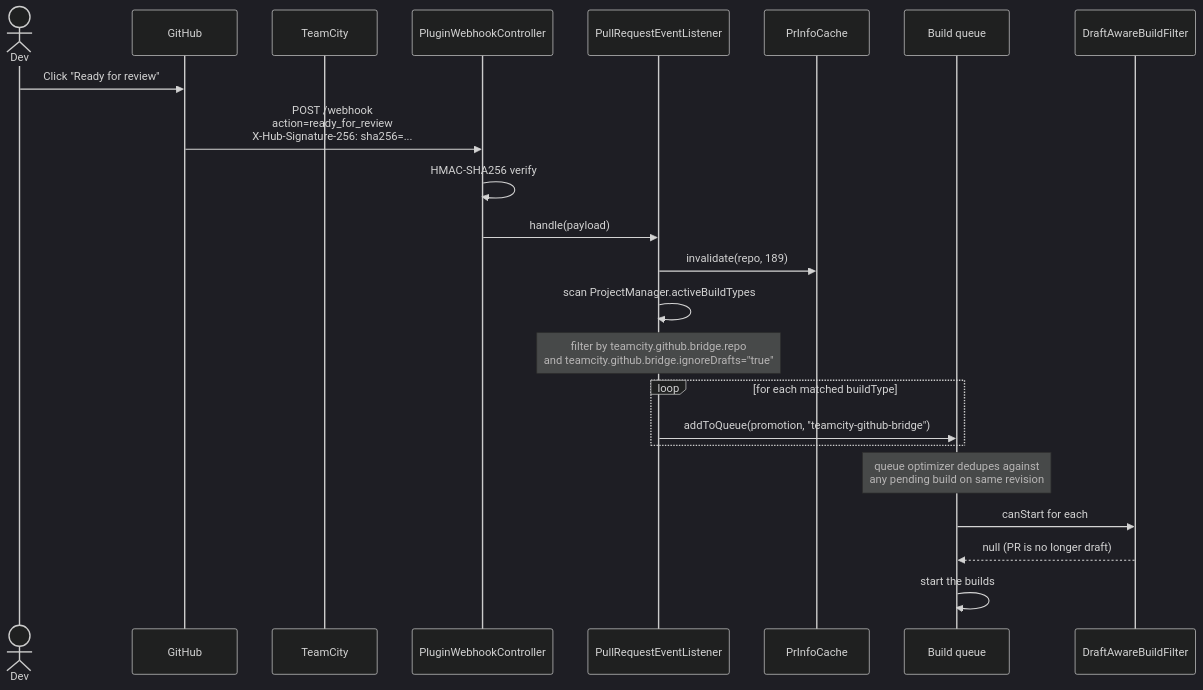
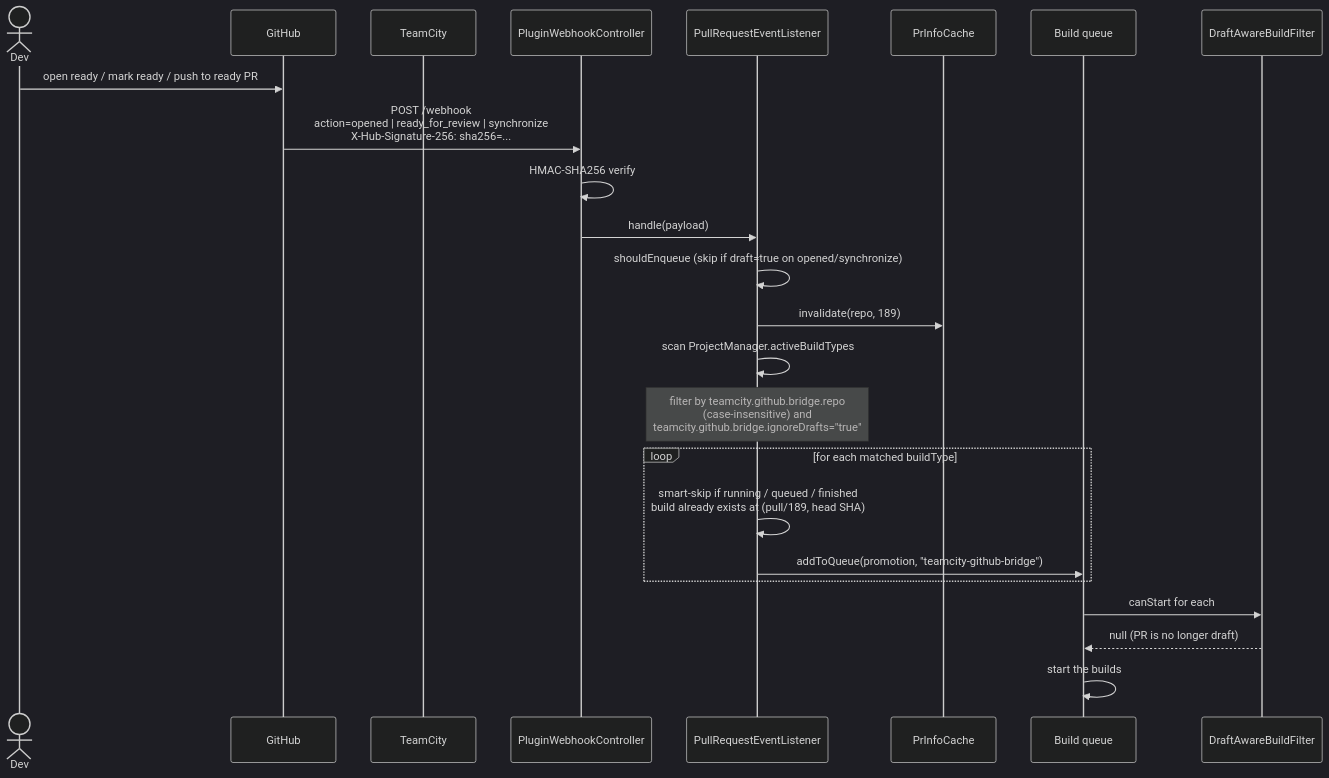
One commit to Silmaen/teamcity-github changed the third of 7 diagrams in doc/usage-scenarios.md. Above: the diagram before and after it, drawn with Mermaid (dark theme). The commit also changed other lines of this file and 32 other files, not shown here.

````diff
--- a/doc/usage-scenarios.md
+++ b/doc/usage-scenarios.md
@@ -83,26 +107,27 @@
 ```mermaid
 sequenceDiagram
     actor Dev
     participant GH as GitHub
     participant TC as TeamCity
     participant W as PluginWebhookController
     participant L as PullRequestEventListener
     participant Cache as PrInfoCache
     participant Q as Build queue
     participant F as DraftAwareBuildFilter
 
-    Dev->>GH: Click "Ready for review"
-    GH->>W: POST /webhook<br/>action=ready_for_review<br/>X-Hub-Signature-256: sha256=...
+    Dev->>GH: open ready / mark ready / push to ready PR
+    GH->>W: POST /webhook<br/>action=opened | ready_for_review | synchronize<br/>X-Hub-Signature-256: sha256=...
     W->>W: HMAC-SHA256 verify
     W->>L: handle(payload)
+    L->>L: shouldEnqueue (skip if draft=true on opened/synchronize)
     L->>Cache: invalidate(repo, 189)
     L->>L: scan ProjectManager.activeBuildTypes
-    Note over L: filter by teamcity.github.bridge.repo<br/>and teamcity.github.bridge.ignoreDrafts="true"
+    Note over L: filter by teamcity.github.bridge.repo<br/>(case-insensitive) and<br/>teamcity.github.bridge.ignoreDrafts="true"
     loop for each matched buildType
+        L->>L: smart-skip if running / queued / finished<br/>build already exists at (pull/189, head SHA)
         L->>Q: addToQueue(promotion, "teamcity-github-bridge")
     end
-    Note over Q: queue optimizer dedupes against<br/>any pending build on same revision
     Q->>F: canStart for each
     F-->>Q: null (PR is no longer draft)
     Q->>Q: start the builds
 ```
````
